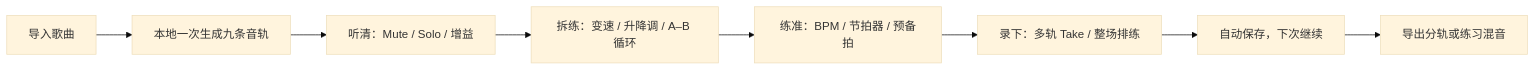
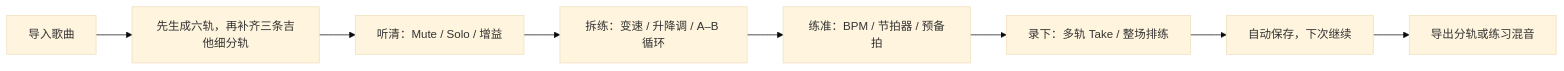
One commit to dourgey/BandBuddy changed the diagram in README.md. Above: the diagram before and after it, drawn with Mermaid (base theme). The commit also changed other lines of this file and 150 other files, not shown here.

````diff
--- a/README.md
+++ b/README.md
@@ -21,10 +23,10 @@
 ```mermaid
 flowchart LR
-  A["导入歌曲"] --> B["本地一次生成九条音轨"]
+  A["导入歌曲"] --> B["先生成六轨，再补齐三条吉他细分轨"]
   B --> C["听清：Mute / Solo / 增益"]
   C --> D["拆练：变速 / 升降调 / A–B 循环"]
   D --> E["练准：BPM / 节拍器 / 预备拍"]
   E --> F["录下：多轨 Take / 整场排练"]
   F --> G["自动保存，下次继续"]
   G --> H["导出分轨或练习混音"]
 ```
````
